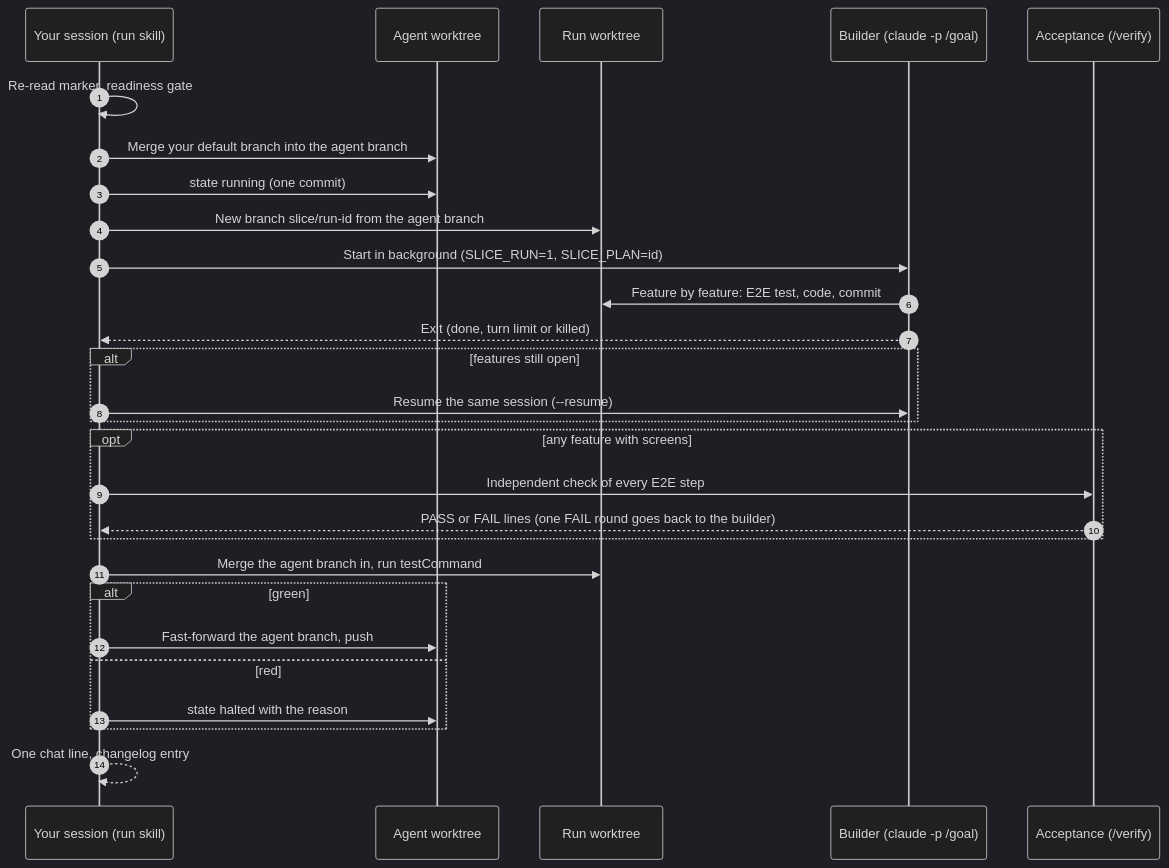
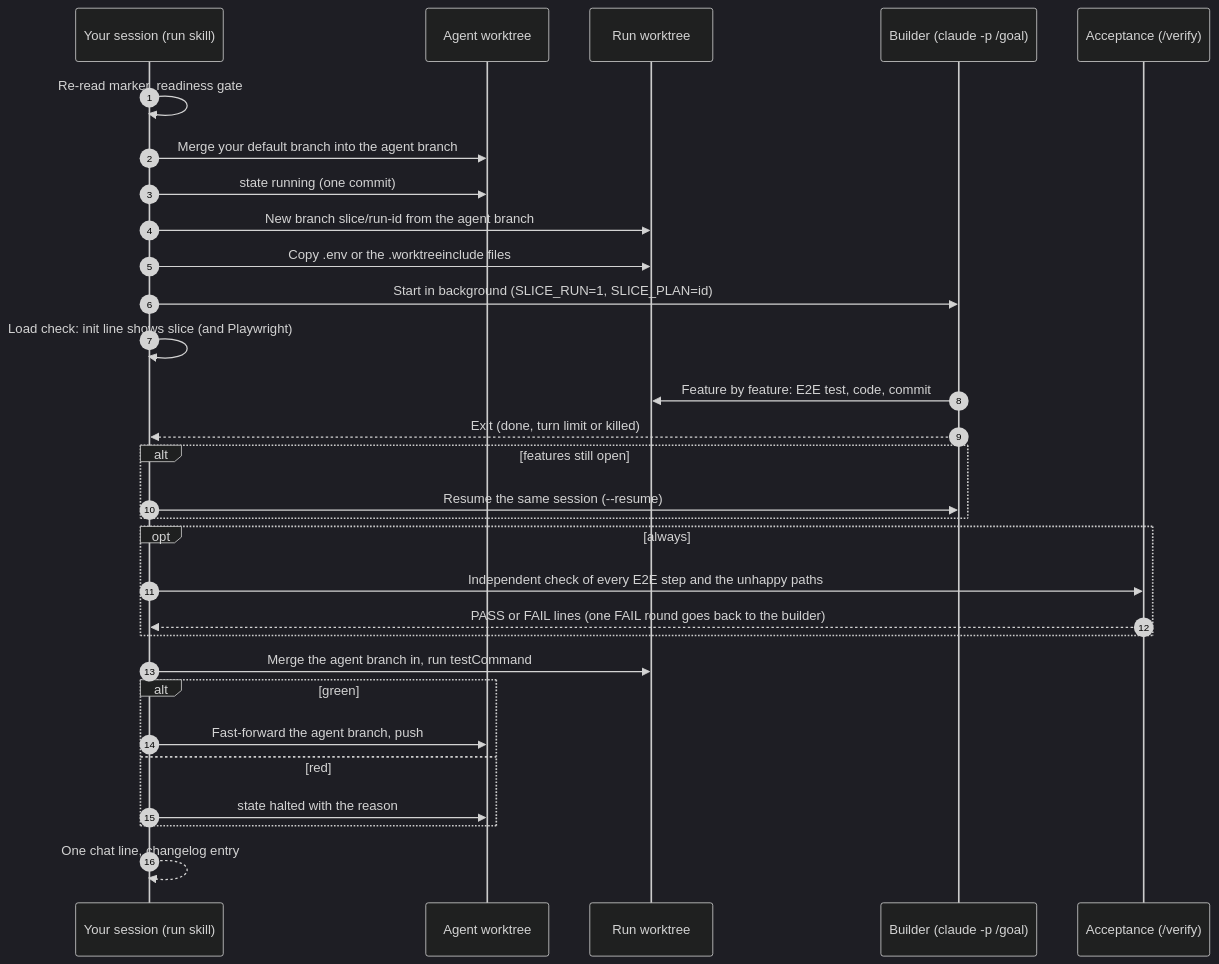
One commit to ahlerjam/cflow changed the fourth of 7 diagrams in plugins/slice/README.md. Above: the diagram before and after it, drawn with Mermaid (dark theme). The commit also changed other lines of this file and 14 other files, not shown here.

````diff
--- a/plugins/slice/README.md
+++ b/plugins/slice/README.md
@@ -159,30 +171,32 @@
 ```mermaid
 sequenceDiagram
     autonumber
     participant S as Your session (run skill)
     participant A as Agent worktree
     participant R as Run worktree
     participant B as Builder (claude -p /goal)
     participant V as Acceptance (/verify)
     S->>S: Re-read marker, readiness gate
     S->>A: Merge your default branch into the agent branch
     S->>A: state running (one commit)
     S->>R: New branch slice/run-id from the agent branch
+    S->>R: Copy .env or the .worktreeinclude files
     S->>B: Start in background (SLICE_RUN=1, SLICE_PLAN=id)
+    S->>S: Load check: init line shows slice (and Playwright)
     B->>R: Feature by feature: E2E test, code, commit
     B-->>S: Exit (done, turn limit or killed)
     alt features still open
         S->>B: Resume the same session (--resume)
     end
-    opt any feature with screens
-        S->>V: Independent check of every E2E step
+    opt always
+        S->>V: Independent check of every E2E step and the unhappy paths
         V-->>S: PASS or FAIL lines (one FAIL round goes back to the builder)
     end
     S->>R: Merge the agent branch in, run testCommand
     alt green
         S->>A: Fast-forward the agent branch, push
     else red
         S->>A: state halted with the reason
     end
     S-->>S: One chat line, changelog entry
 ```
````
